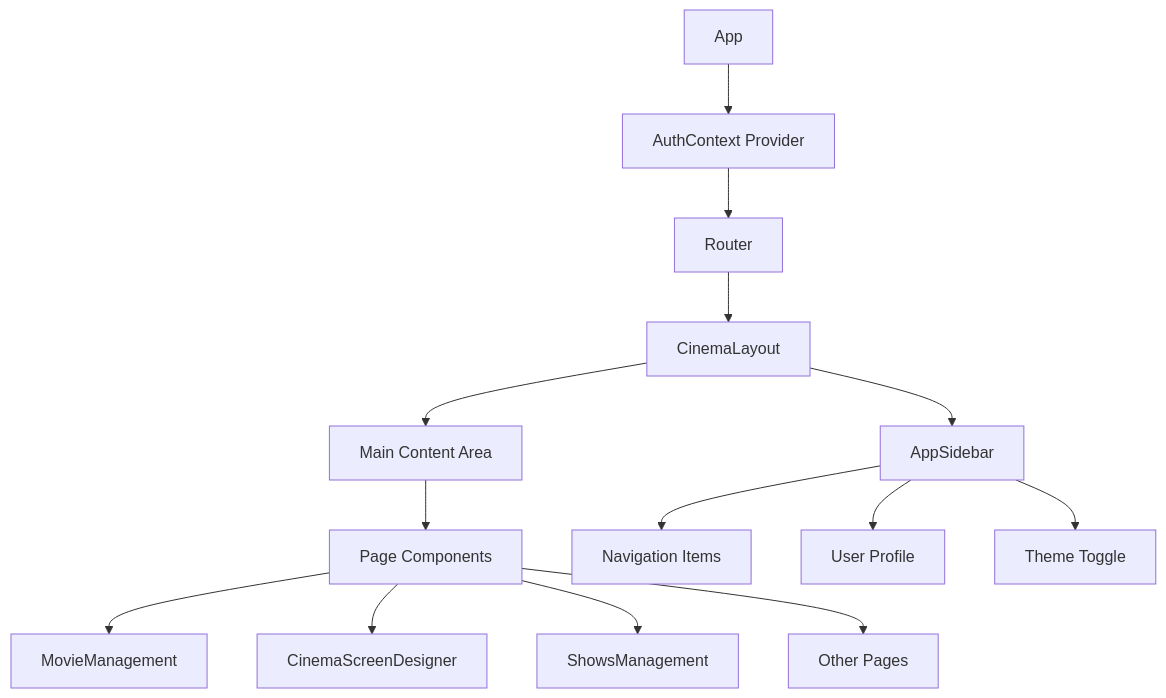
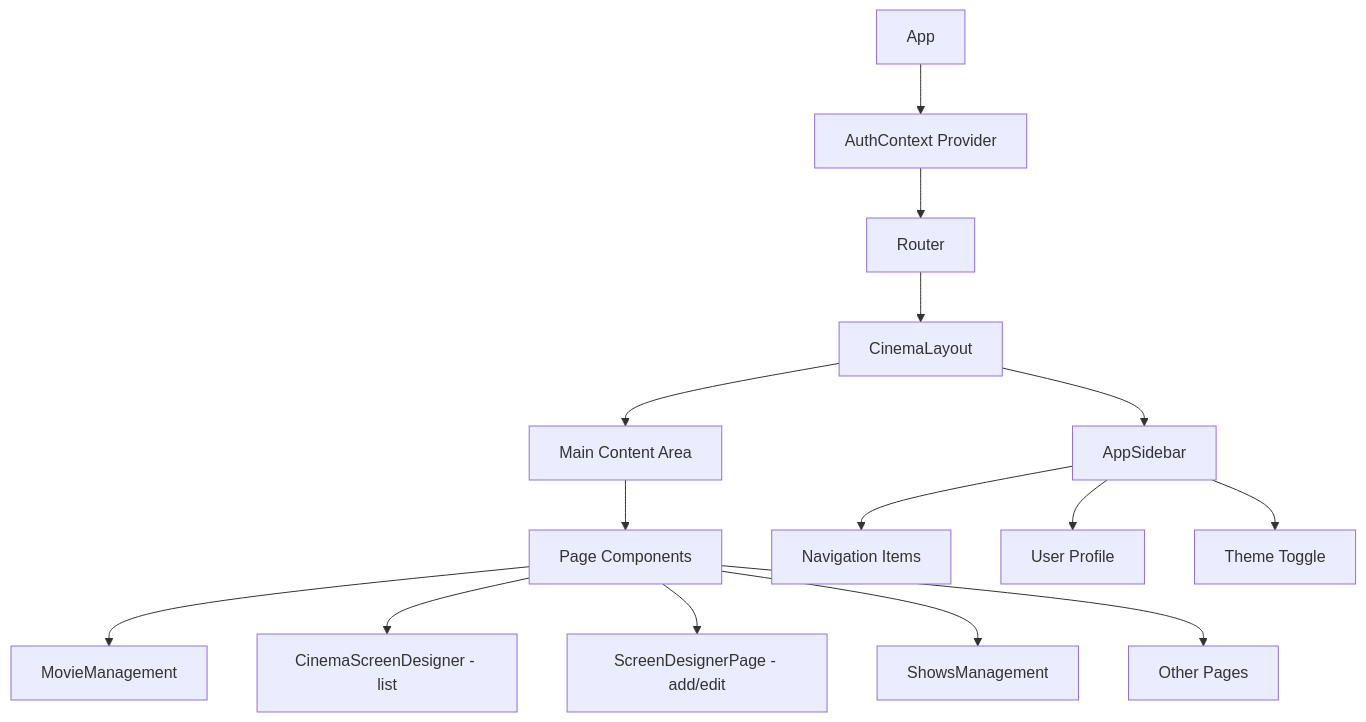
The second of 15 diagrams in admin.md (hduraimurugan/cinema-app-docs), drawn with Mermaid before and after one commit. The commit also changed other lines of this file and 1 other file, not shown here.

Commit message:
update admin panel documentation with new screen designer routes and components

````diff
--- a/admin.md
+++ b/admin.md
@@ -49,18 +51,19 @@
 ```mermaid
 graph TD
     A[App] --> B[AuthContext Provider]
     B --> C[Router]
     C --> D[CinemaLayout]
     D --> E[AppSidebar]
     D --> F[Main Content Area]
     F --> G[Page Components]
 
     E --> H[Navigation Items]
     E --> I[User Profile]
     E --> J[Theme Toggle]
 
     G --> K[MovieManagement]
-    G --> L[CinemaScreenDesigner]
+    G --> L[CinemaScreenDesigner - list]
+    G --> L2[ScreenDesignerPage - add/edit]
     G --> M[ShowsManagement]
     G --> N[Other Pages]
 ```
````
